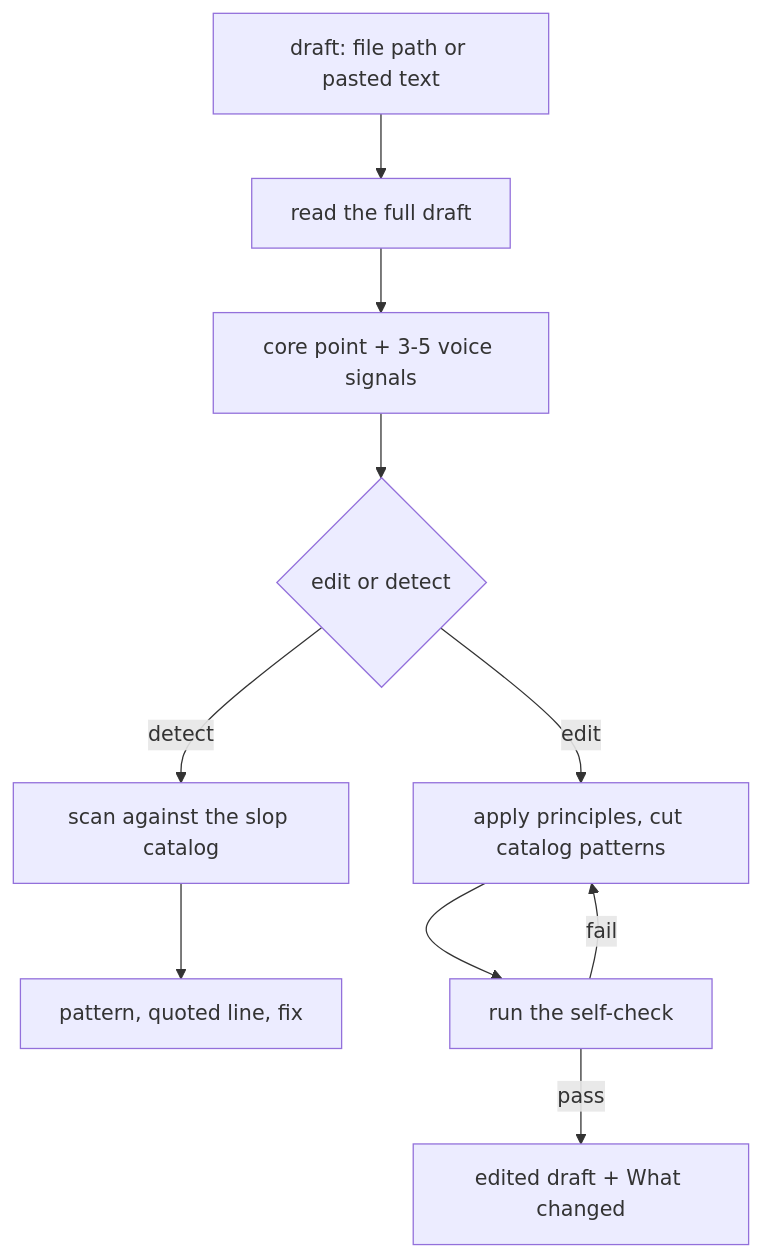
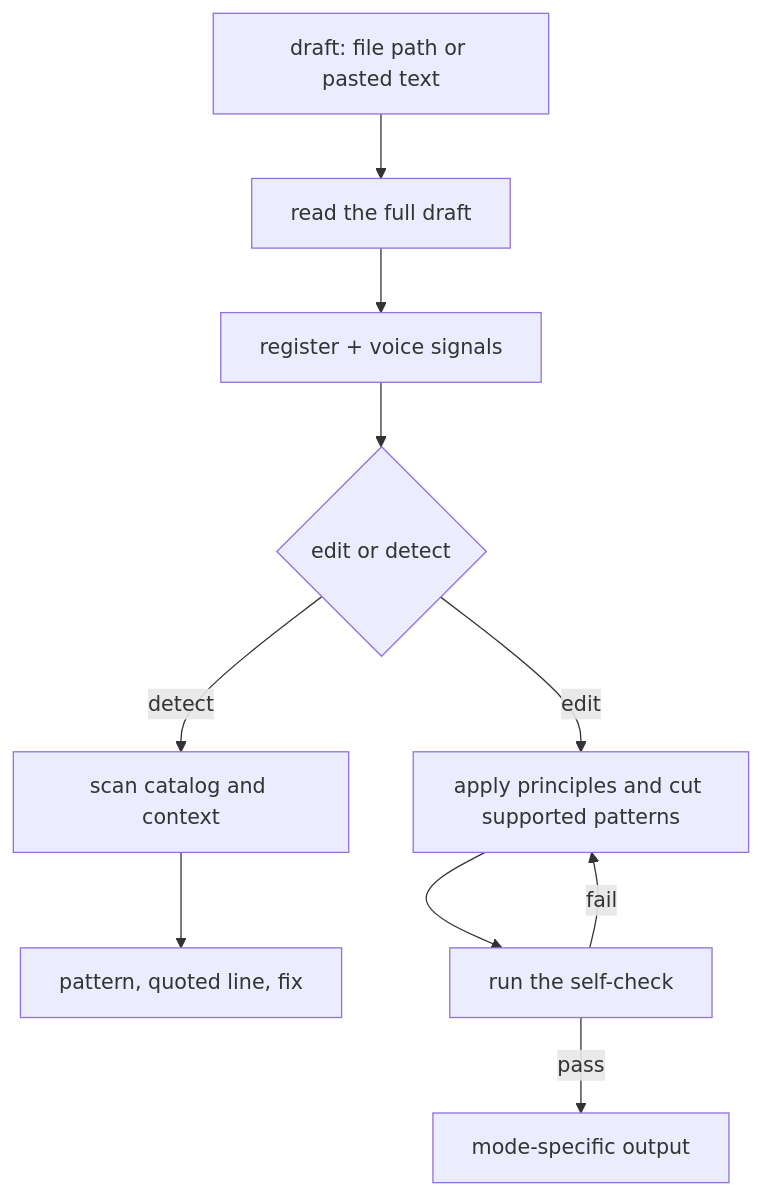
One commit to adeonir/agent-skills changed the diagram in skills/personal/anti-slop/README.md. Above: the diagram before and after it, drawn with Mermaid. The commit also changed other lines of this file and 6 other files, not shown here.

Commit message:
refactor(anti-slop): preserve voice and format during edits

````diff
--- a/skills/personal/anti-slop/README.md
+++ b/skills/personal/anti-slop/README.md
@@ -7,12 +7,12 @@
 ```mermaid
 flowchart TD
     IN[draft: file path or pasted text] --> READ[read the full draft]
-    READ --> VOICE[core point + 3-5 voice signals]
+    READ --> VOICE[register + voice signals]
     VOICE --> MODE{edit or detect}
-    MODE -->|detect| SCAN[scan against the slop catalog]
+    MODE -->|detect| SCAN[scan catalog and context]
     SCAN --> REPORT[pattern, quoted line, fix]
-    MODE -->|edit| CUT[apply principles, cut catalog patterns]
+    MODE -->|edit| CUT[apply principles and cut supported patterns]
     CUT --> CHECK[run the self-check]
     CHECK -->|fail| CUT
-    CHECK -->|pass| OUT[edited draft + What changed]
+    CHECK -->|pass| OUT[mode-specific output]
 ```
````
